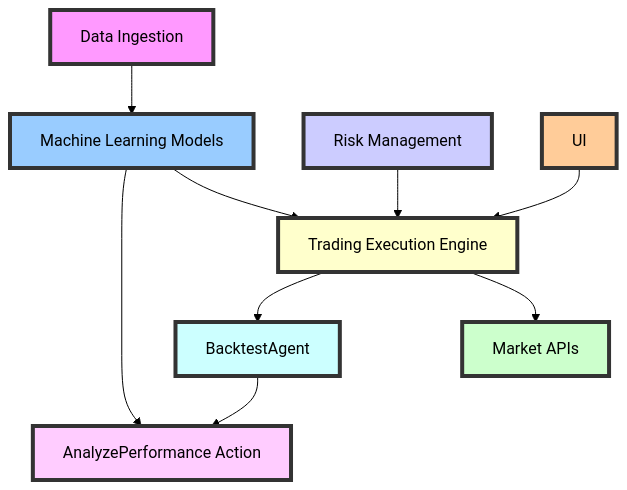
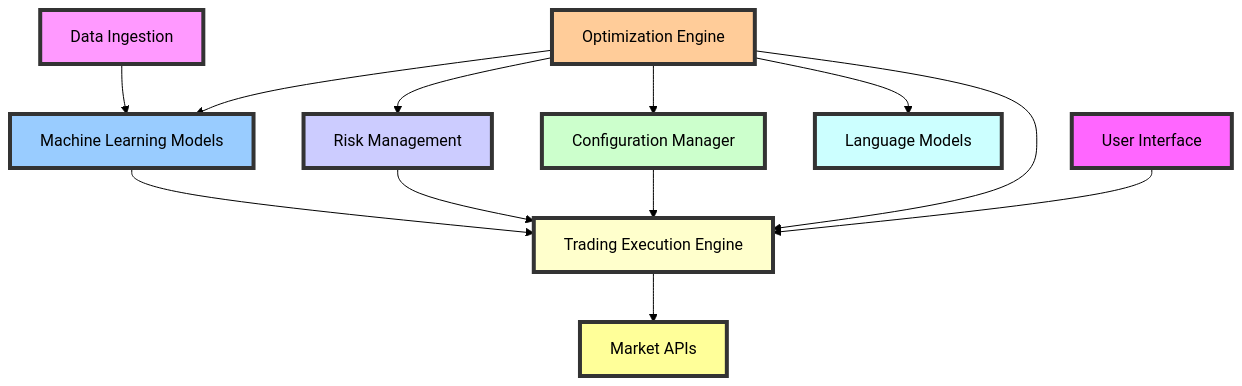
One commit to jmanhype/stratoptimus-docs changed the first of 2 diagrams in project-architecture.mdx. Above: the diagram before and after it, drawn with Mermaid (forest theme). The commit also changed other lines of this file, not shown here.

````diff
--- a/project-architecture.mdx
+++ b/project-architecture.mdx
@@ -37,20 +37,24 @@
 ```mermaid
 graph TD;
     A[Data Ingestion] --> B[Machine Learning Models]
     B --> C[Trading Execution Engine]
     D[Risk Management] --> C
-    E[UI] --> C
-    C --> F[Market APIs]
-    C --> G[BacktestAgent]
-    G --> H[AnalyzePerformance Action]
-    B --> H
+    E[Configuration Manager] --> C
+    F[Optimization Engine] --> C
+    F --> B
+    F --> D
+    F --> E
+    F --> G[Language Models]
+    H[User Interface] --> C
+    C --> I[Market APIs]
 
     style A fill:#f9f,stroke:#333,stroke-width:4px;
     style B fill:#9cf,stroke:#333,stroke-width:4px;
     style C fill:#ffc,stroke:#333,stroke-width:4px;
     style D fill:#ccf,stroke:#333,stroke-width:4px;
-    style E fill:#fc9,stroke:#333,stroke-width:4px;
-    style F fill:#cfc,stroke:#333,stroke-width:4px;
+    style E fill:#cfc,stroke:#333,stroke-width:4px;
+    style F fill:#fc9,stroke:#333,stroke-width:4px;
     style G fill:#cff,stroke:#333,stroke-width:4px;
-    style H fill:#fcf,stroke:#333,stroke-width:4px;
+    style H fill:#f6f,stroke:#333,stroke-width:4px;
+    style I fill:#ff9,stroke:#333,stroke-width:4px;
 ```
````
